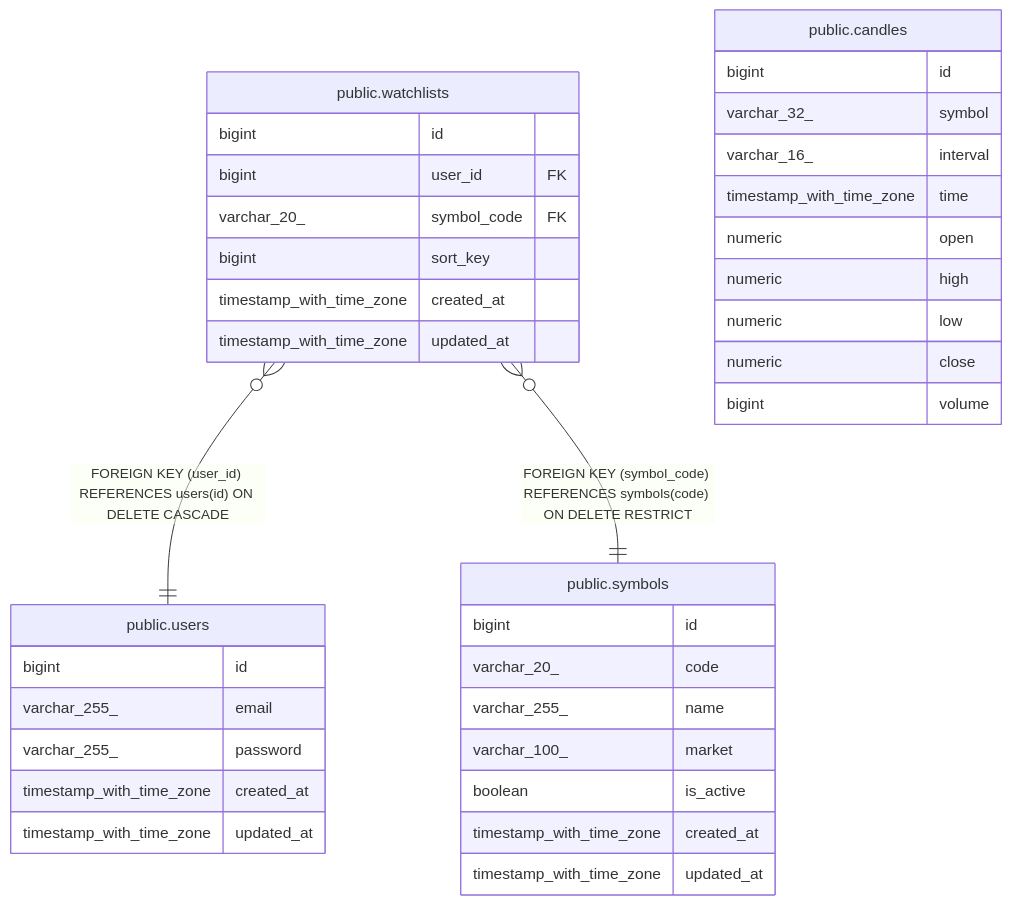
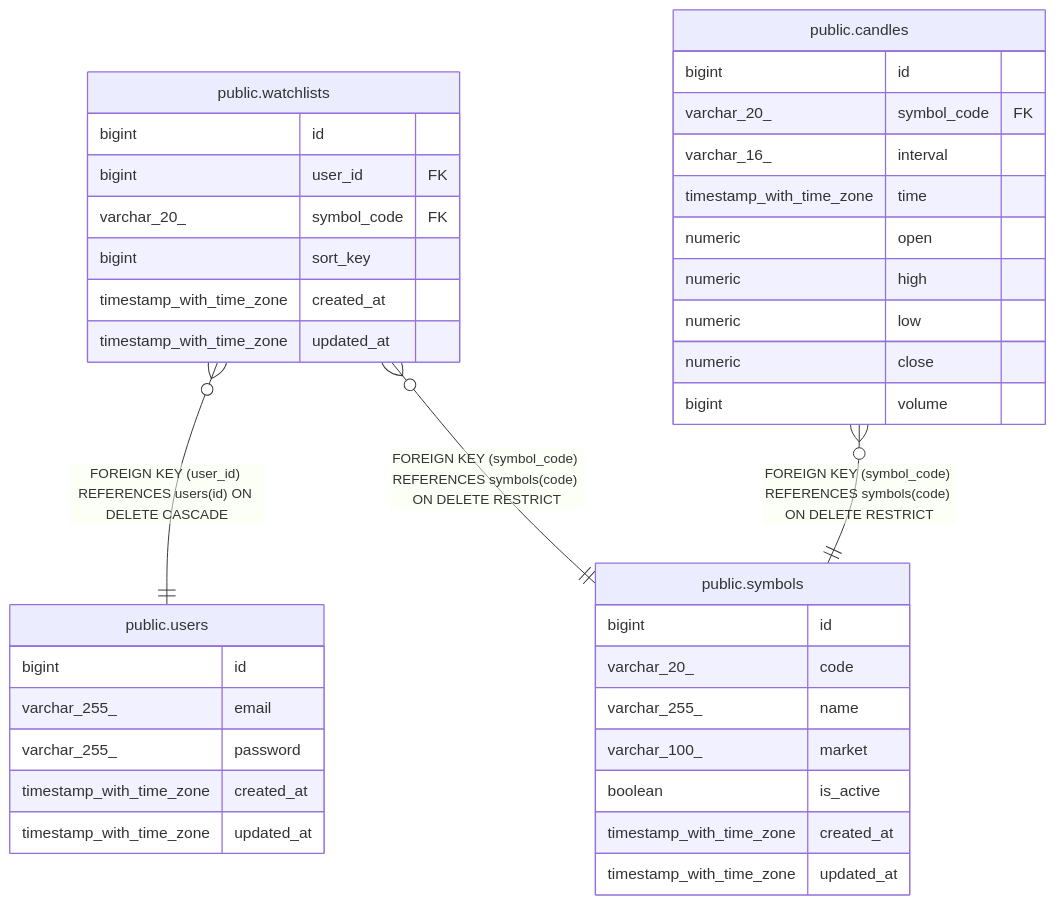
The diagram in docs/schema/README.md (UCHIDAnobuhiro/stock_backend), drawn with Mermaid before and after one commit. The commit also changed 15 other files, not shown here.

First line of the commit message:
refactor: candles.symbol を symbol_code に改名し symbols.code への FK を追加

````diff
--- a/docs/schema/README.md
+++ b/docs/schema/README.md
@@ -14,42 +14,43 @@
 ```mermaid
 erDiagram
 
 "public.watchlists" }o--|| "public.users" : "FOREIGN KEY (user_id) REFERENCES users(id) ON DELETE CASCADE"
 "public.watchlists" }o--|| "public.symbols" : "FOREIGN KEY (symbol_code) REFERENCES symbols(code) ON DELETE RESTRICT"
+"public.candles" }o--|| "public.symbols" : "FOREIGN KEY (symbol_code) REFERENCES symbols(code) ON DELETE RESTRICT"
 
 "public.users" {
   bigint id ""
   varchar_255_ email ""
   varchar_255_ password ""
   timestamp_with_time_zone created_at ""
   timestamp_with_time_zone updated_at ""
-}
-"public.candles" {
-  bigint id ""
-  varchar_32_ symbol ""
-  varchar_16_ interval ""
-  timestamp_with_time_zone time ""
-  numeric open ""
-  numeric high ""
-  numeric low ""
-  numeric close ""
-  bigint volume ""
 }
 "public.symbols" {
   bigint id ""
   varchar_20_ code ""
   varchar_255_ name ""
   varchar_100_ market ""
   boolean is_active ""
   timestamp_with_time_zone created_at ""
   timestamp_with_time_zone updated_at ""
 }
 "public.watchlists" {
   bigint id ""
   bigint user_id FK ""
   varchar_20_ symbol_code FK ""
   bigint sort_key ""
   timestamp_with_time_zone created_at ""
   timestamp_with_time_zone updated_at ""
 }
+"public.candles" {
+  bigint id ""
+  varchar_20_ symbol_code FK ""
+  varchar_16_ interval ""
+  timestamp_with_time_zone time ""
+  numeric open ""
+  numeric high ""
+  numeric low ""
+  numeric close ""
+  bigint volume ""
+}
 ```
````
